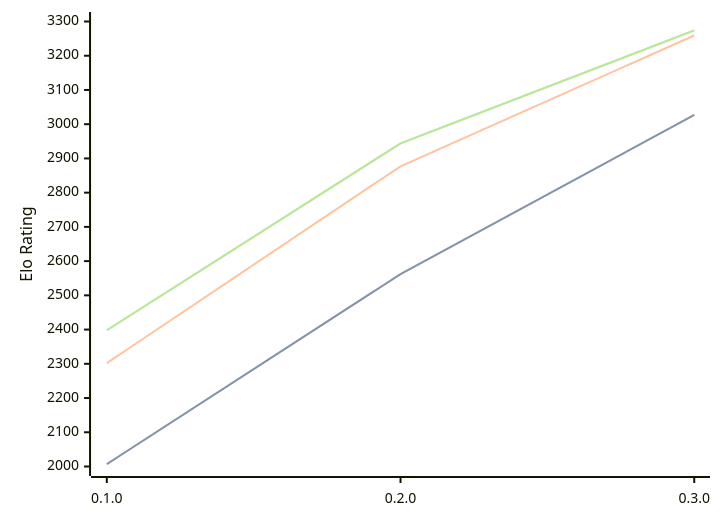
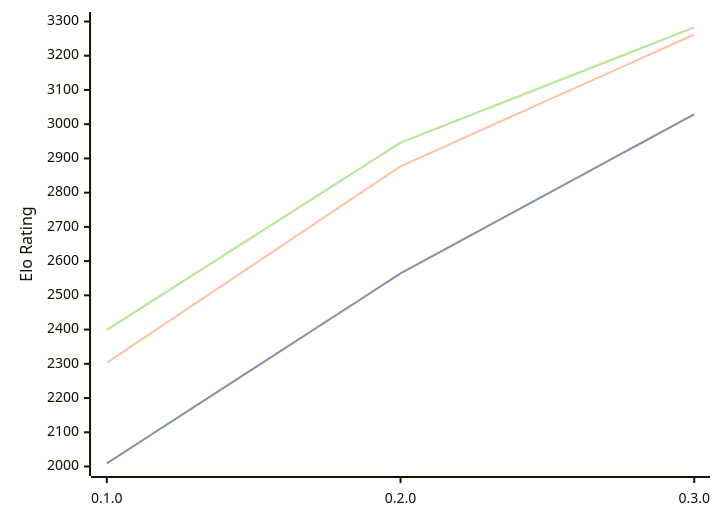
One commit to computer-chess-index/cci changed the diagram in engines/Justbot.md. Above: the diagram before and after it, drawn with Mermaid. The commit also changed other lines of this file, not shown here.

Commit message:
Update CCI Ratings (ELO VLTC) - 2026-07-23

````diff
--- a/engines/Justbot.md
+++ b/engines/Justbot.md
@@ -33,11 +33,11 @@
 ```mermaid
 %%{init: {"theme":"base","themeVariables":{"seriesColors:['#a3a3a3','#222221','#faa371']}}}%%
 xychart-beta
   x-axis ["0.1.0", "0.2.0", "0.3.0"]
   y-axis "Elo Rating" 2000 --> 3300
-  line "STC (8.0+0.08s)" [2007, 2562, 3027]
-  line "STC (8.0+0.08s)" [2007, 2562, 3027]
-  line "LTC (60.0+0.60s)" [2302, 2877, 3259]
-  line "VLTC (2m24s+1.12s)" [2398, 2944, 3274]
-  line "VLTC (2m24s+1.12s)" [2398, 2944, 3274]
+  line "STC (8.0+0.08s)" [2009, 2564, 3029]
+  line "STC (8.0+0.08s)" [2009, 2564, 3029]
+  line "LTC (60.0+0.60s)" [2303, 2877, 3262]
+  line "VLTC (2m24s+1.12s)" [2399, 2946, 3283]
+  line "VLTC (2m24s+1.12s)" [2399, 2946, 3283]
 ```
````
